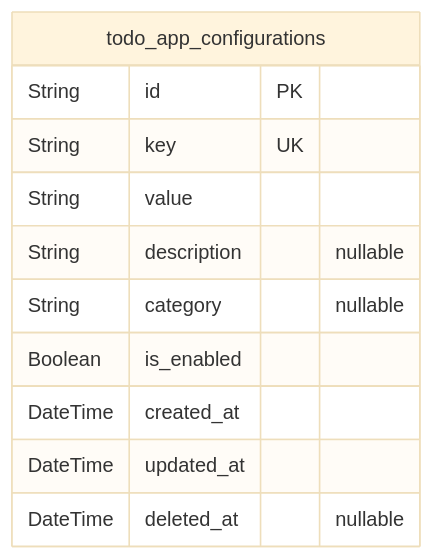
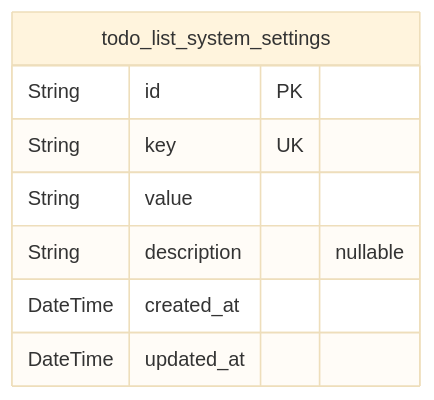
The first of 3 diagrams in moonshotai/kimi-k2-0905-exacto/todo/docs/ERD.md (wrtnlabs/autobe-examples), drawn with Mermaid (base theme) before and after one commit. The commit also changed other lines of this file and 3372 other files, not shown here.

````diff
--- a/moonshotai/kimi-k2-0905-exacto/todo/docs/ERD.md
+++ b/moonshotai/kimi-k2-0905-exacto/todo/docs/ERD.md
@@ -11,14 +11,11 @@
 ```mermaid
 erDiagram
-"todo_app_configurations" {
+"todo_list_system_settings" {
   String id PK
   String key UK
   String value
   String description "nullable"
-  String category "nullable"
-  Boolean is_enabled
   DateTime created_at
   DateTime updated_at
-  DateTime deleted_at "nullable"
 }
 ```
````
